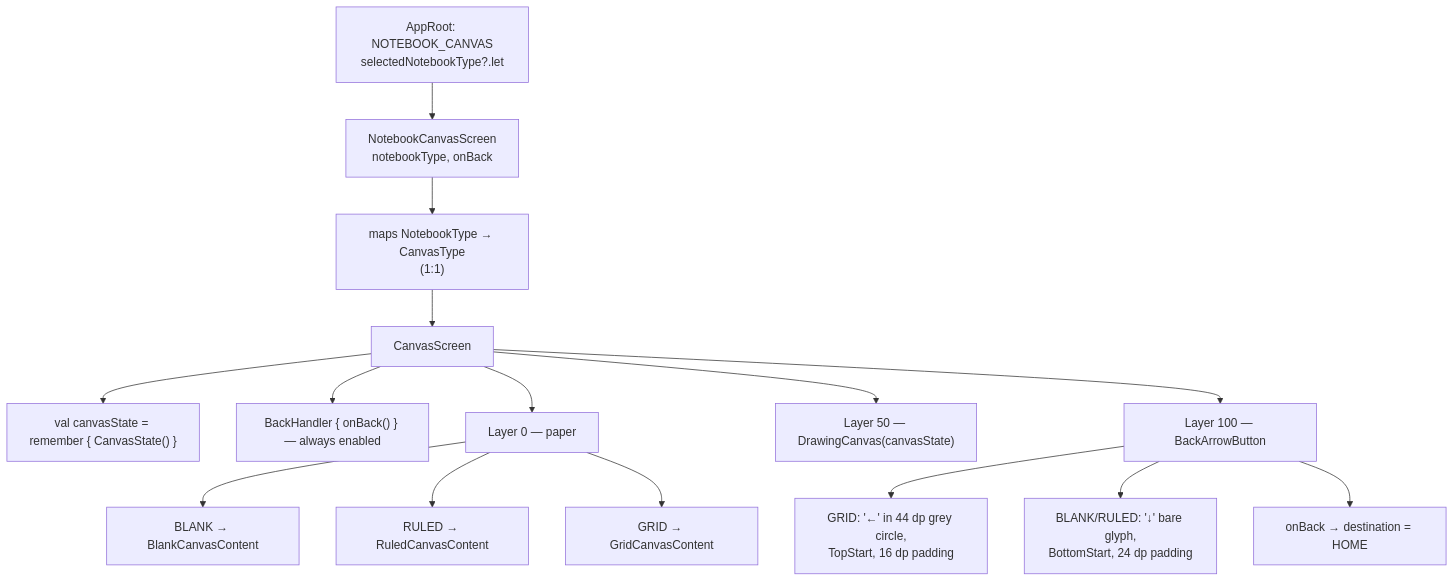
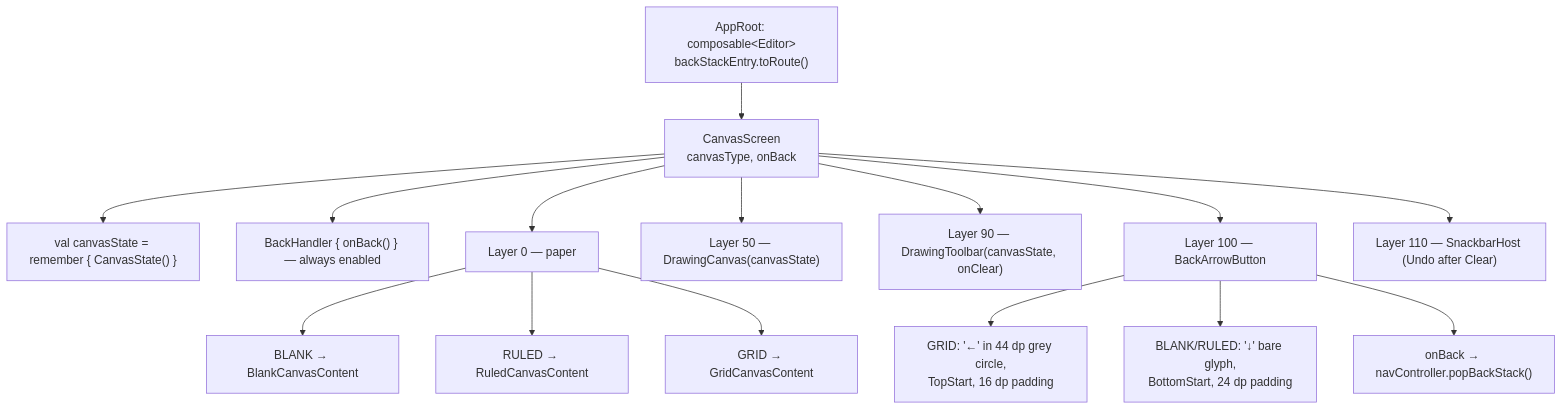
The fifth of 5 diagrams in docs/03-app-flow.md (Sai03SkAr/Vahi), drawn with Mermaid before and after one commit. The commit also changed other lines of this file and 14 other files, not shown here.

````diff
--- a/docs/03-app-flow.md
+++ b/docs/03-app-flow.md
@@ -202,22 +202,22 @@
 ```mermaid
 flowchart TD
-    A["AppRoot: NOTEBOOK_CANVAS<br/>selectedNotebookType?.let"] --> B[NotebookCanvasScreen<br/>notebookType, onBack]
-    B --> C["maps NotebookType → CanvasType<br/>(1:1)"]
-    C --> D[CanvasScreen]
+    A["AppRoot: composable&lt;Editor&gt;<br/>backStackEntry.toRoute()"] --> D[CanvasScreen<br/>canvasType, onBack]
 
     D --> E["val canvasState = remember { CanvasState() }"]
     D --> F["BackHandler { onBack() } — always enabled"]
 
     D --> G["Layer 0 — paper"]
     G --> G1[BLANK → BlankCanvasContent]
     G --> G2[RULED → RuledCanvasContent]
     G --> G3[GRID → GridCanvasContent]
 
     D --> H["Layer 50 — DrawingCanvas(canvasState)"]
+    D --> H2["Layer 90 — DrawingToolbar(canvasState, onClear)"]
     D --> I["Layer 100 — BackArrowButton"]
+    D --> H3["Layer 110 — SnackbarHost (Undo after Clear)"]
 
     I --> I1["GRID: '←' in 44 dp grey circle,<br/>TopStart, 16 dp padding"]
     I --> I2["BLANK/RULED: '↓' bare glyph,<br/>BottomStart, 24 dp padding"]
 
-    I --> J[onBack → destination = HOME]
+    I --> J["onBack → navController.popBackStack()"]
 ```
````
